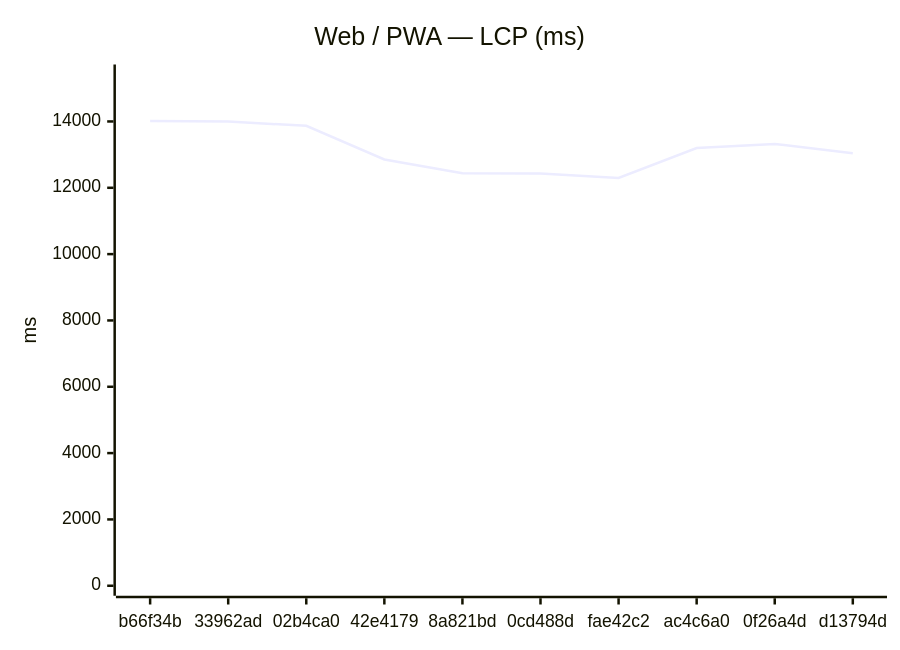
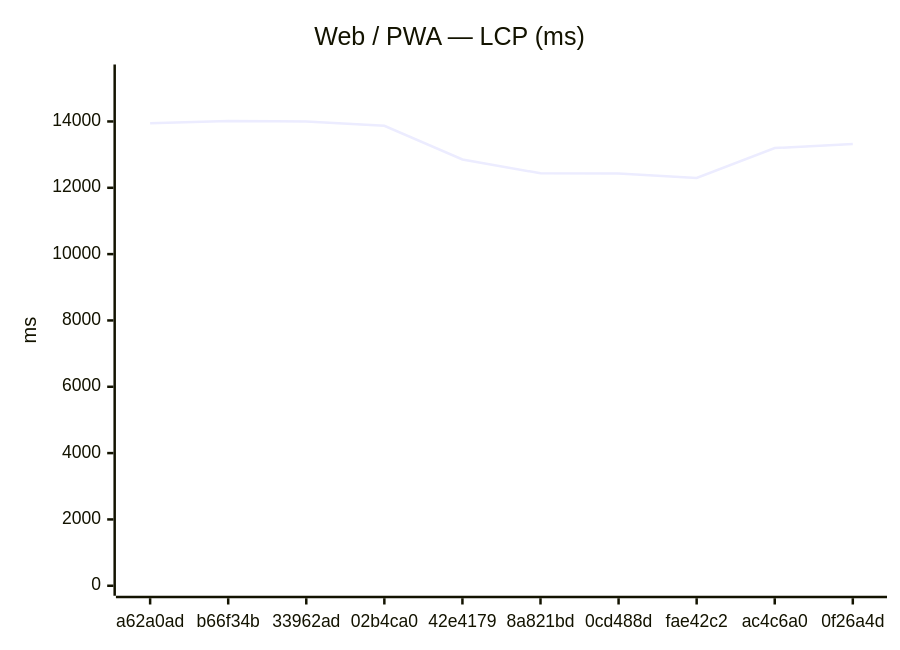
One commit to Metaheurist/Rianell changed the first of 18 diagrams in benchmarks/compare.md. Above: the diagram before and after it, drawn with Mermaid. The commit also changed other lines of this file and 11 other files, not shown here.

````diff
--- a/benchmarks/compare.md
+++ b/benchmarks/compare.md
@@ -24,7 +24,7 @@
 ```mermaid
 xychart-beta
     title "Web / PWA — LCP (ms)"
-    x-axis ["b66f34b", "33962ad", "02b4ca0", "42e4179", "8a821bd", "0cd488d", "fae42c2", "ac4c6a0", "0f26a4d", "d13794d"]
+    x-axis ["a62a0ad", "b66f34b", "33962ad", "02b4ca0", "42e4179", "8a821bd", "0cd488d", "fae42c2", "ac4c6a0", "0f26a4d"]
     y-axis "ms" 0 --> 15416
-    line [14014, 13997, 13868, 12854, 12437, 12430, 12295, 13197, 13323, 13038]
+    line [13945, 14014, 13997, 13868, 12854, 12437, 12430, 12295, 13197, 13323]
 ```
````
